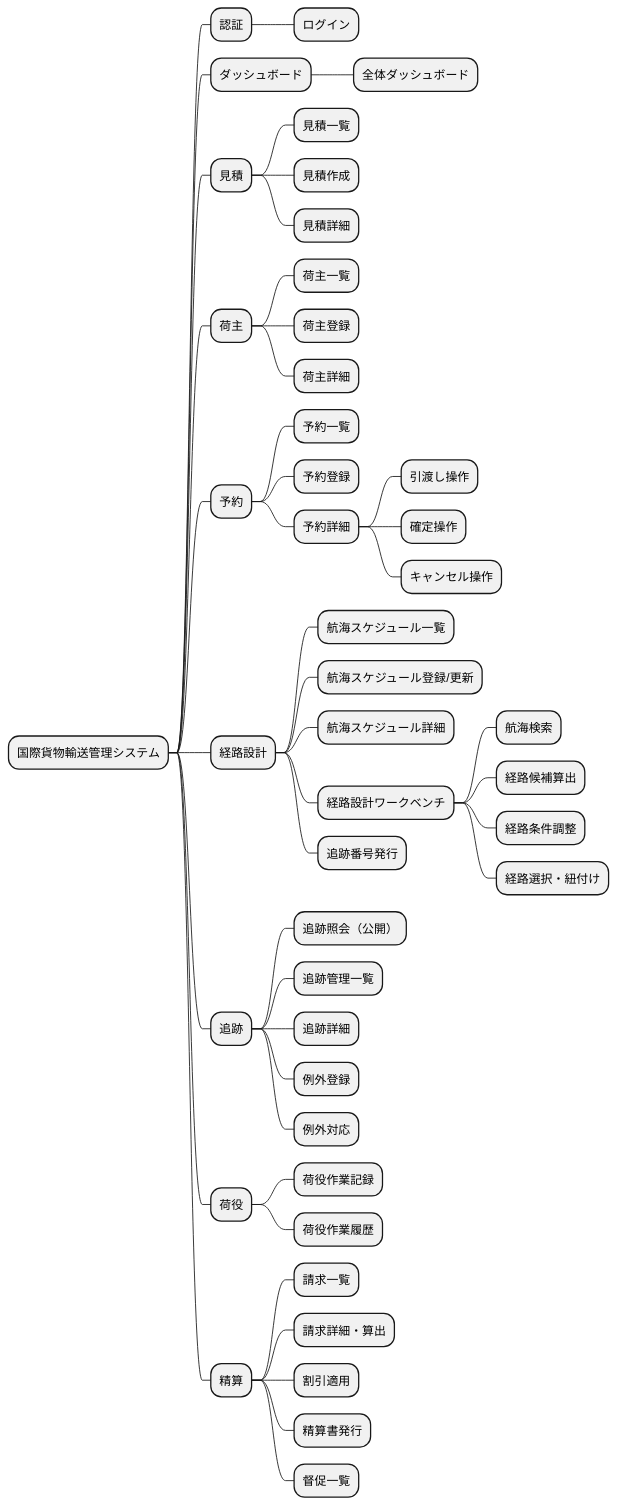
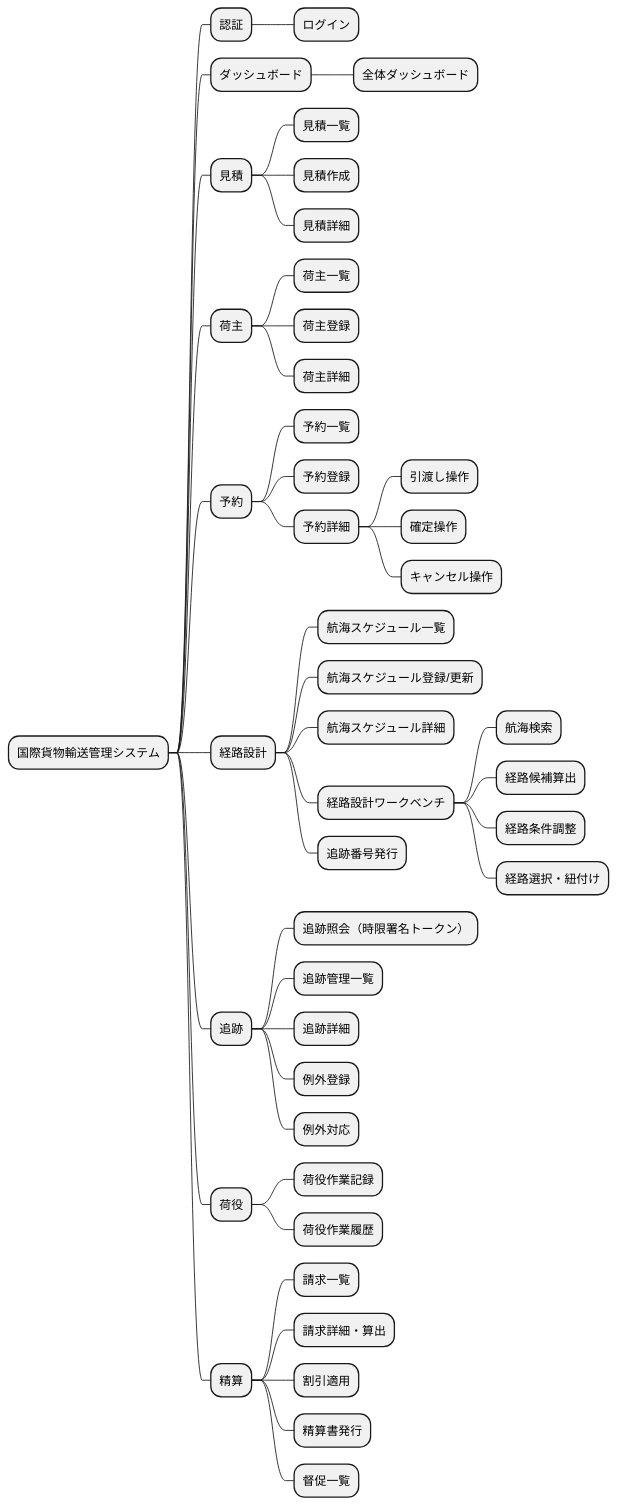
Before and after one commit to k2works/case-study-cargo-tracker: the first of 21 diagrams in docs/design/ui_design.md, drawn with PlantUML. The commit also changed other lines of this file and 7 other files, not shown here.

````diff
--- a/docs/design/ui_design.md
+++ b/docs/design/ui_design.md
@@ -36,49 +36,49 @@
 ```plantuml
 @startmindmap
 * 国際貨物輸送管理システム
 ** 認証
 *** ログイン
 ** ダッシュボード
 *** 全体ダッシュボード
 ** 見積
 *** 見積一覧
 *** 見積作成
 *** 見積詳細
 ** 荷主
 *** 荷主一覧
 *** 荷主登録
 *** 荷主詳細
 ** 予約
 *** 予約一覧
 *** 予約登録
 *** 予約詳細
 **** 引渡し操作
 **** 確定操作
 **** キャンセル操作
 ** 経路設計
 *** 航海スケジュール一覧
 *** 航海スケジュール登録/更新
 *** 航海スケジュール詳細
 *** 経路設計ワークベンチ
 **** 航海検索
 **** 経路候補算出
 **** 経路条件調整
 **** 経路選択・紐付け
 *** 追跡番号発行
 ** 追跡
-*** 追跡照会（公開）
+*** 追跡照会（時限署名トークン）
 *** 追跡管理一覧
 *** 追跡詳細
 *** 例外登録
 *** 例外対応
 ** 荷役
 *** 荷役作業記録
 *** 荷役作業履歴
 ** 精算
 *** 請求一覧
 *** 請求詳細・算出
 *** 割引適用
 *** 精算書発行
 *** 督促一覧
 @endmindmap
 ```
````
